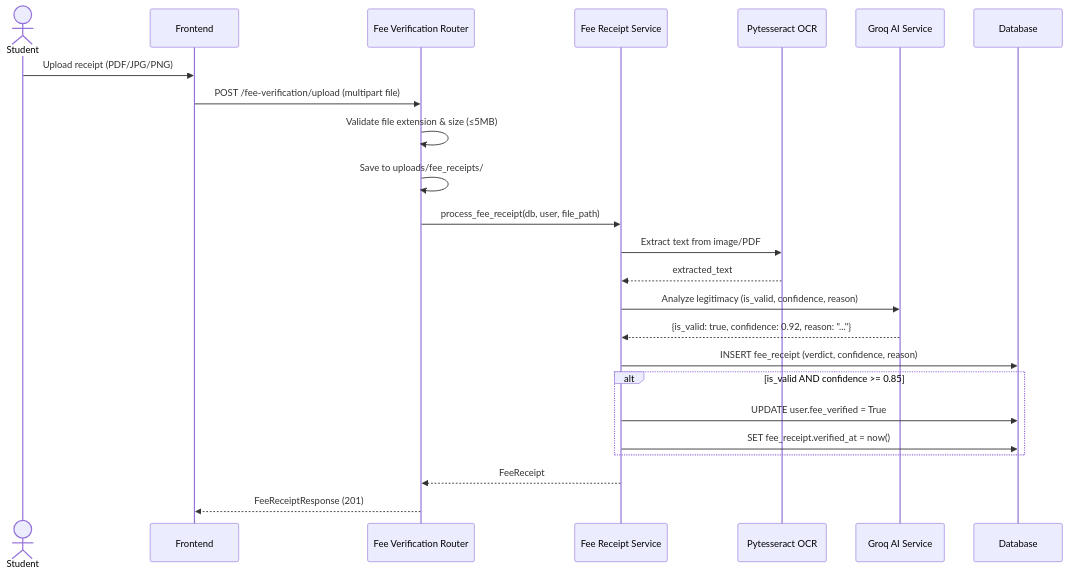
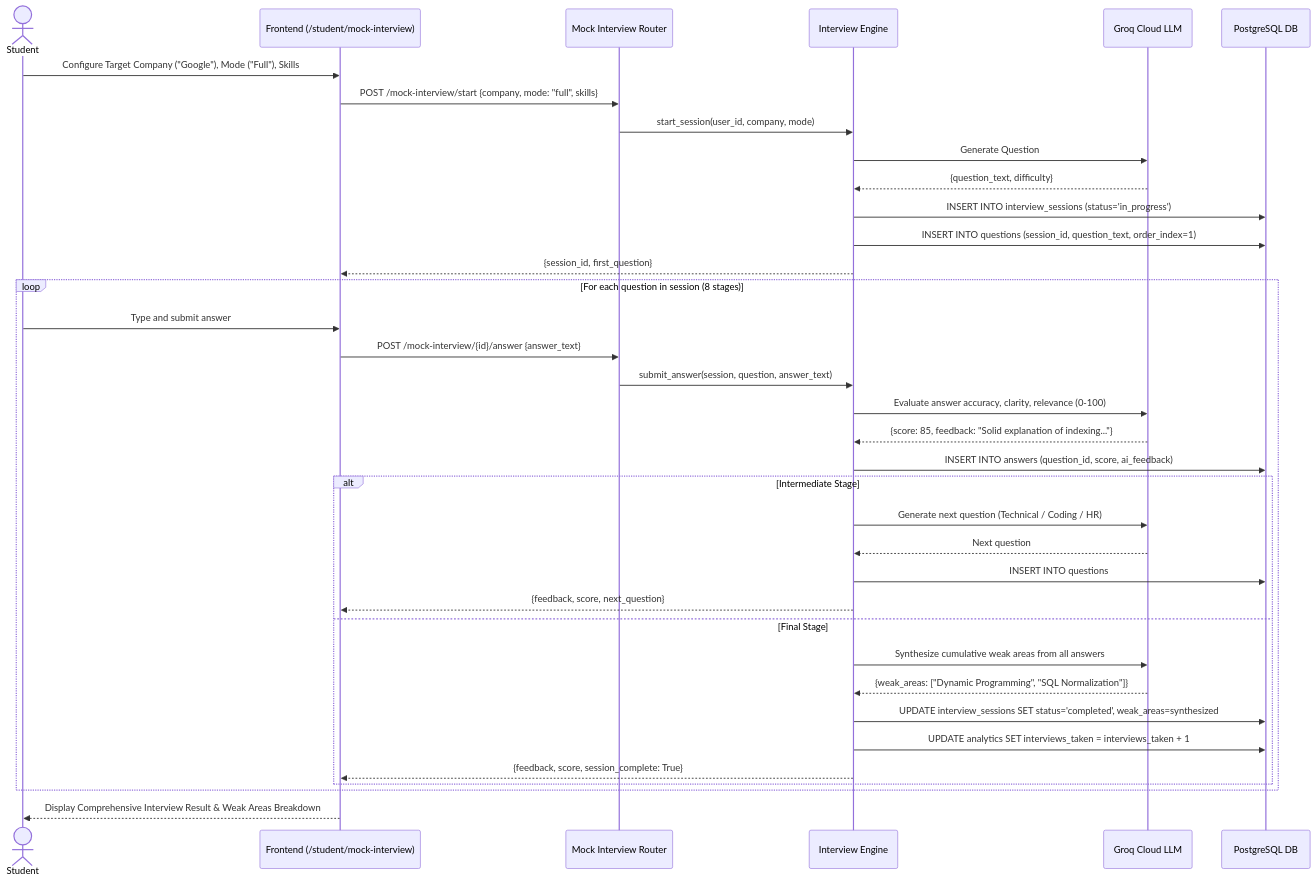
One commit to prathamraval33/7th-sem-project changed diagram 19 of 39 in info.md. Above: the diagram before and after it, drawn with Mermaid. The commit also changed other lines of this file and 11 other files, not shown here.

Commit message:
feat: add mock interview engine, curriculum management, and administrative dashboards

````diff
--- a/info.md
+++ b/info.md
@@ -1340,27 +2500,40 @@
 ```mermaid
 sequenceDiagram
     actor Student
-    participant FE as Frontend
-    participant FeeRouter as Fee Verification Router
-    participant FeeService as Fee Receipt Service
-    participant OCR as Pytesseract OCR
-    participant Groq as Groq AI Service
-    participant DB as Database
+    participant FE as Frontend (/student/mock-interview)
+    participant MIRouter as Mock Interview Router
+    participant Engine as Interview Engine
+    participant Groq as Groq Cloud LLM
+    participant DB as PostgreSQL DB
 
-    Student->>FE: Upload receipt (PDF/JPG/PNG)
-    FE->>FeeRouter: POST /fee-verification/upload (multipart file)
-    FeeRouter->>FeeRouter: Validate file extension & size (≤5MB)
-    FeeRouter->>FeeRouter: Save to uploads/fee_receipts/
-    FeeRouter->>FeeService: process_fee_receipt(db, user, file_path)
-    FeeService->>OCR: Extract text from image/PDF
-    OCR-->>FeeService: extracted_text
-    FeeService->>Groq: Analyze legitimacy (is_valid, confidence, reason)
-    Groq-->>FeeService: {is_valid: true, confidence: 0.92, reason: "..."}
-    FeeService->>DB: INSERT fee_receipt (verdict, confidence, reason)
-    alt is_valid AND confidence >= 0.85
-        FeeService->>DB: UPDATE user.fee_verified = True
-        FeeService->>DB: SET fee_receipt.verified_at = now()
+    Student->>FE: Configure Target Company ("Google"), Mode ("Full"), Skills
+    FE->>MIRouter: POST /mock-interview/start {company, mode: "full", skills}
+    MIRouter->>Engine: start_session(user_id, company, mode)
+    Engine->>Groq: Generate Question #1 (Aptitude stage)
+    Groq-->>Engine: {question_text, difficulty}
+    Engine->>DB: INSERT INTO interview_sessions (status='in_progress')
+    Engine->>DB: INSERT INTO questions (session_id, question_text, order_index=1)
+    Engine-->>FE: {session_id, first_question}
+
+    loop For each question in session (8 stages)
+        Student->>FE: Type and submit answer
+        FE->>MIRouter: POST /mock-interview/{id}/answer {answer_text}
+        MIRouter->>Engine: submit_answer(session, question, answer_text)
+        Engine->>Groq: Evaluate answer accuracy, clarity, relevance (0-100)
+        Groq-->>Engine: {score: 85, feedback: "Solid explanation of indexing..."}
+        Engine->>DB: INSERT INTO answers (question_id, score, ai_feedback)
+        alt Intermediate Stage
+            Engine->>Groq: Generate next question (Technical / Coding / HR)
+            Groq-->>Engine: Next question
+            Engine->>DB: INSERT INTO questions
+            Engine-->>FE: {feedback, score, next_question}
+        else Final Stage
+            Engine->>Groq: Synthesize cumulative weak areas from all answers
+            Groq-->>Engine: {weak_areas: ["Dynamic Programming", "SQL Normalization"]}
+            Engine->>DB: UPDATE interview_sessions SET status='completed', weak_areas=synthesized
+            Engine->>DB: UPDATE analytics SET interviews_taken = interviews_taken + 1
+            Engine-->>FE: {feedback, score, session_complete: True}
+        end
     end
-    FeeService-->>FeeRouter: FeeReceipt
-    FeeRouter-->>FE: FeeReceiptResponse (201)
+    FE-->>Student: Display Comprehensive Interview Result & Weak Areas Breakdown
 ```
````
